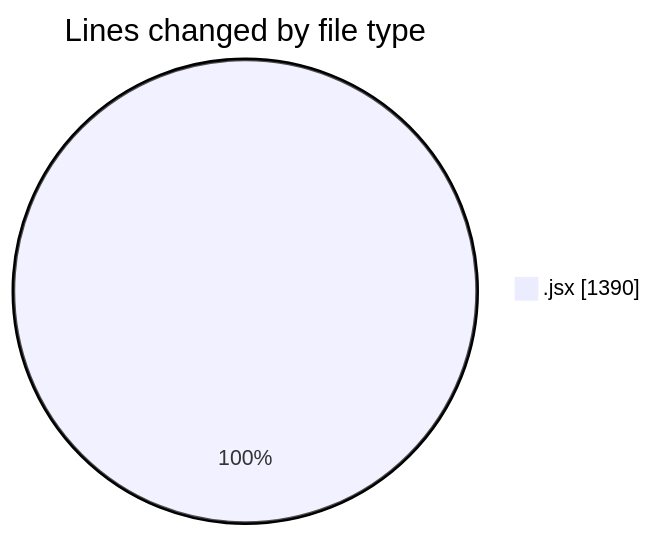
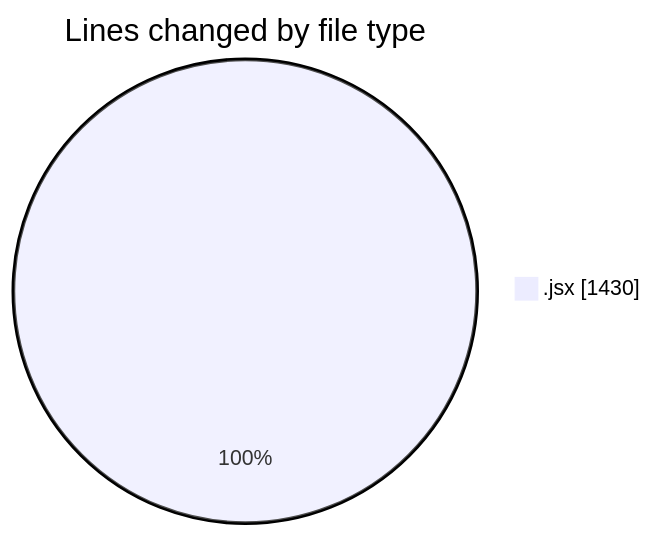
The first of 2 diagrams in 2025-10-08/nxtqube_webapp/README.md (nxtqubesakshisongat/code-tracking), drawn with Mermaid before and after one commit. The commit also changed other lines of this file and 1 other file, not shown here.

````diff
--- a/2025-10-08/nxtqube_webapp/README.md
+++ b/2025-10-08/nxtqube_webapp/README.md
@@ -21,5 +21,5 @@
 ```mermaid
 pie showData
 title Lines changed by file type
-".jsx" : 1390
+".jsx" : 1430
 ```
````
